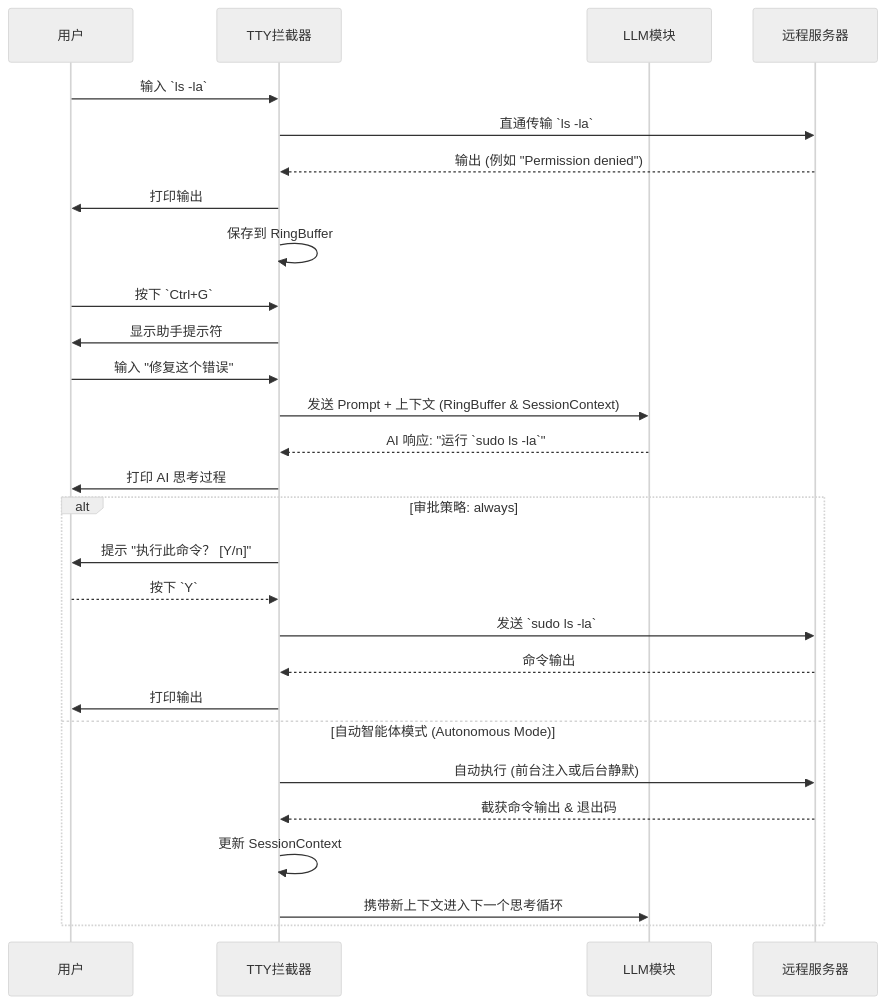
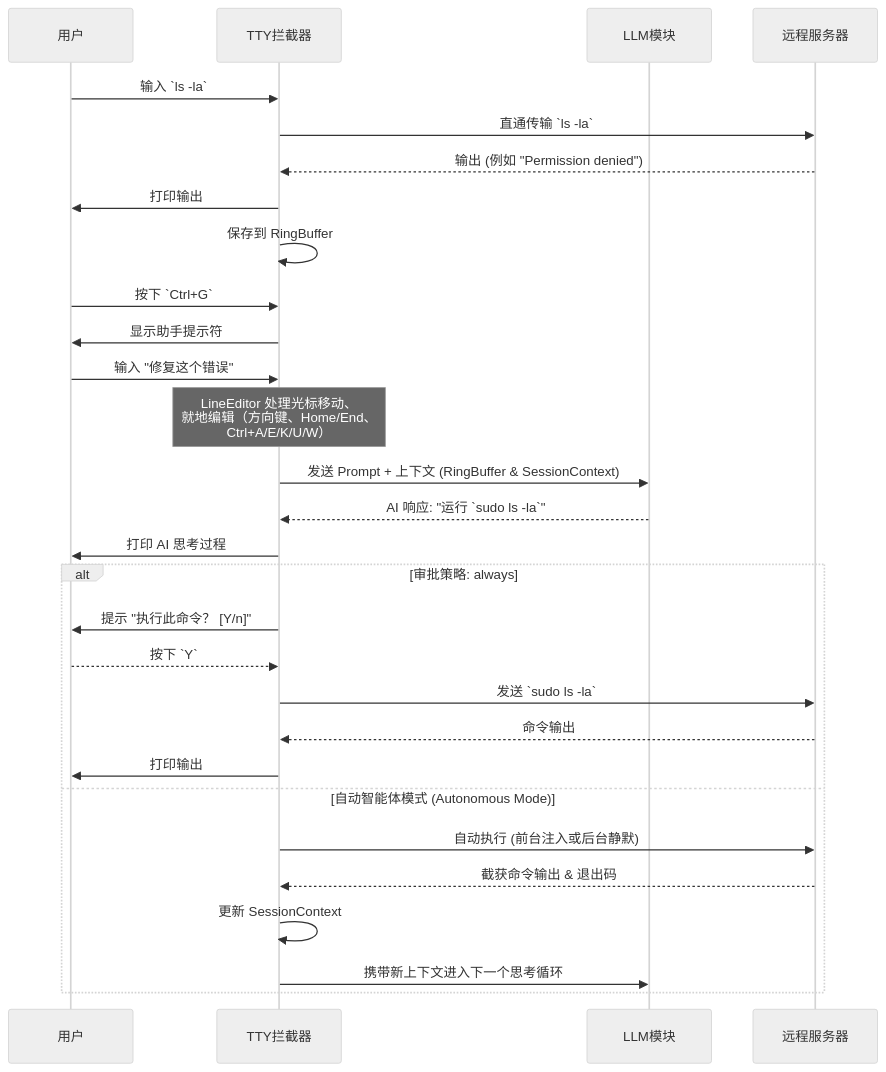
One commit to zxpbenson/orange changed the third of 3 diagrams in doc/architecture_zh.md. Above: the diagram before and after it, drawn with Mermaid (neutral theme). The commit also changed other lines of this file and 5 other files, not shown here.

First line of the commit message:
feat(tty): add readline-style line editor for assistant input

````diff
--- a/doc/architecture_zh.md
+++ b/doc/architecture_zh.md
@@ -154,35 +157,36 @@
 ```mermaid
 sequenceDiagram
     participant User as 用户
     participant TTYInterceptor as TTY拦截器
     participant LLMModule as LLM模块
     participant RemoteServer as 远程服务器
 
     User->>TTYInterceptor: 输入 `ls -la`
     TTYInterceptor->>RemoteServer: 直通传输 `ls -la`
     RemoteServer-->>TTYInterceptor: 输出 (例如 "Permission denied")
     TTYInterceptor->>User: 打印输出
     TTYInterceptor->>TTYInterceptor: 保存到 RingBuffer
 
     User->>TTYInterceptor: 按下 `Ctrl+G`
     TTYInterceptor->>User: 显示助手提示符
     User->>TTYInterceptor: 输入 "修复这个错误"
+    Note over TTYInterceptor: LineEditor 处理光标移动、<br/>就地编辑（方向键、Home/End、<br/>Ctrl+A/E/K/U/W）
     
     TTYInterceptor->>LLMModule: 发送 Prompt + 上下文 (RingBuffer & SessionContext)
     LLMModule-->>TTYInterceptor: AI 响应: "运行 `sudo ls -la`"
     
     TTYInterceptor->>User: 打印 AI 思考过程
     
     alt 审批策略: always
         TTYInterceptor->>User: 提示 "执行此命令？ [Y/n]"
         User-->>TTYInterceptor: 按下 `Y`
         TTYInterceptor->>RemoteServer: 发送 `sudo ls -la`
         RemoteServer-->>TTYInterceptor: 命令输出
         TTYInterceptor->>User: 打印输出
     else 自动智能体模式 (Autonomous Mode)
         TTYInterceptor->>RemoteServer: 自动执行 (前台注入或后台静默)
         RemoteServer-->>TTYInterceptor: 截获命令输出 & 退出码
         TTYInterceptor->>TTYInterceptor: 更新 SessionContext
         TTYInterceptor->>LLMModule: 携带新上下文进入下一个思考循环
     end
 ```
````
